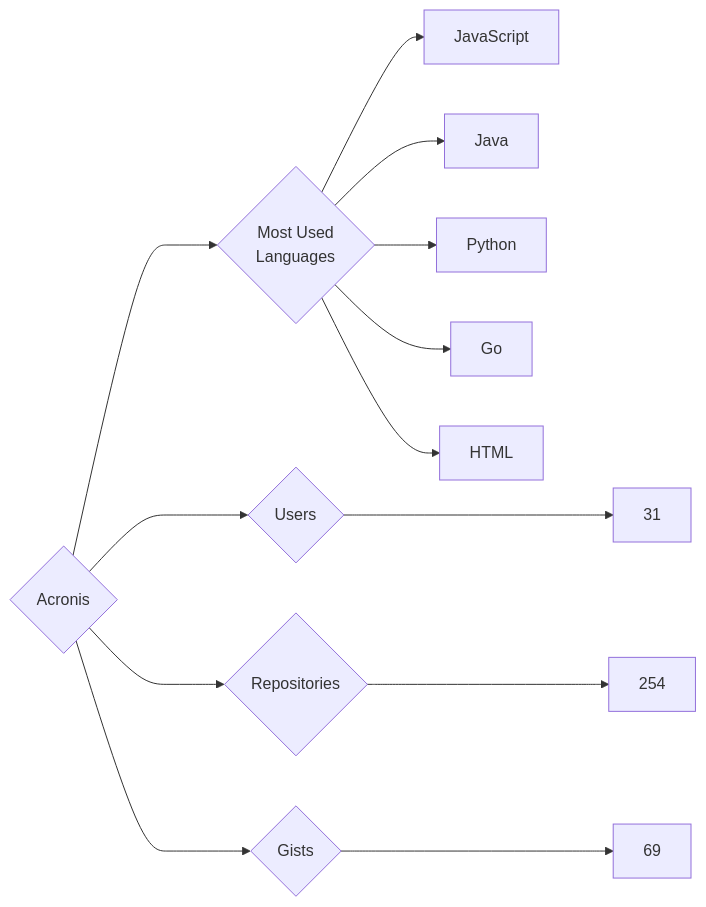
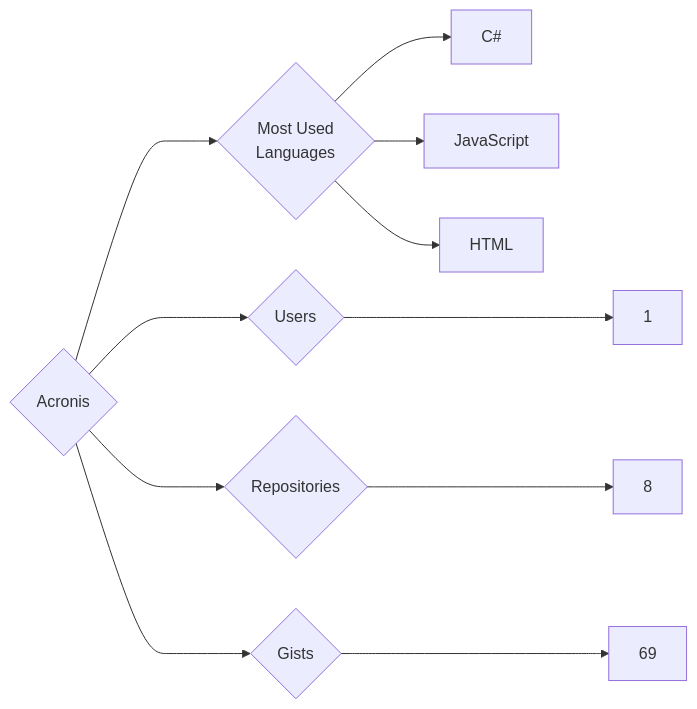
One commit to trickest/insiders changed the diagram in targets/Acronis/README.md. Above: the diagram before and after it, drawn with Mermaid. The commit also changed 891 other files, not shown here.

````diff
--- a/targets/Acronis/README.md
+++ b/targets/Acronis/README.md
@@ -3,13 +3,11 @@
 ```mermaid
 graph LR
 COMPANY_NAME{Acronis}
-COMPANY_NAME ---> U{Users} ---> UN[31]
-COMPANY_NAME ---> R{Repositories} ---> RN[254]
+COMPANY_NAME ---> U{Users} ---> UN[1]
+COMPANY_NAME ---> R{Repositories} ---> RN[8]
 COMPANY_NAME ---> G{Gists} ---> GN[69]
 COMPANY_NAME ---> ML{Most Used<br>Languages}
+ML --> C#[C#]
 ML --> JavaScript[JavaScript]
-ML --> Java[Java]
-ML --> Python[Python]
-ML --> Go[Go]
 ML --> HTML[HTML]
 ```
````
